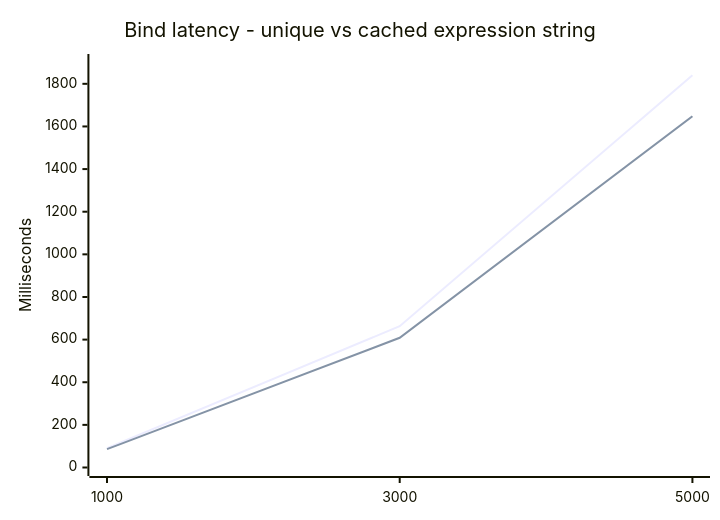
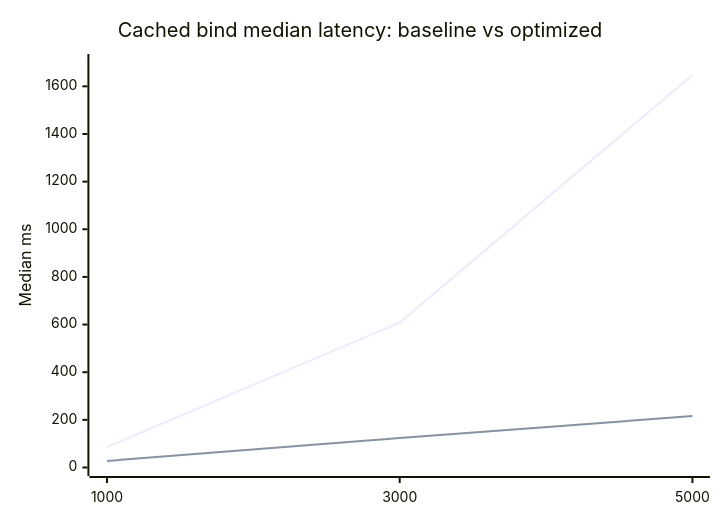
One commit to robert-sanders-software-ontwikkeling/rs-x changed the fifth of 7 diagrams in reports/rsx-spa-performance/README.md. Above: the diagram before and after it, drawn with Mermaid. The commit also changed other lines of this file and 3 other files, not shown here.

````diff
--- a/reports/rsx-spa-performance/README.md
+++ b/reports/rsx-spa-performance/README.md
@@ -53,8 +108,8 @@
 ```mermaid
 xychart-beta
-  title "Bind latency - unique vs cached expression string"
+  title "Cached bind median latency: baseline vs optimized"
   x-axis [1000, 3000, 5000]
-  y-axis "Milliseconds" 0 --> 1900
-  line [90.311, 662.941, 1839.835]
+  y-axis "Median ms" 0 --> 1700
   line [86.051, 608.480, 1647.797]
+  line [27.519, 123.919, 215.733]
 ```
````
